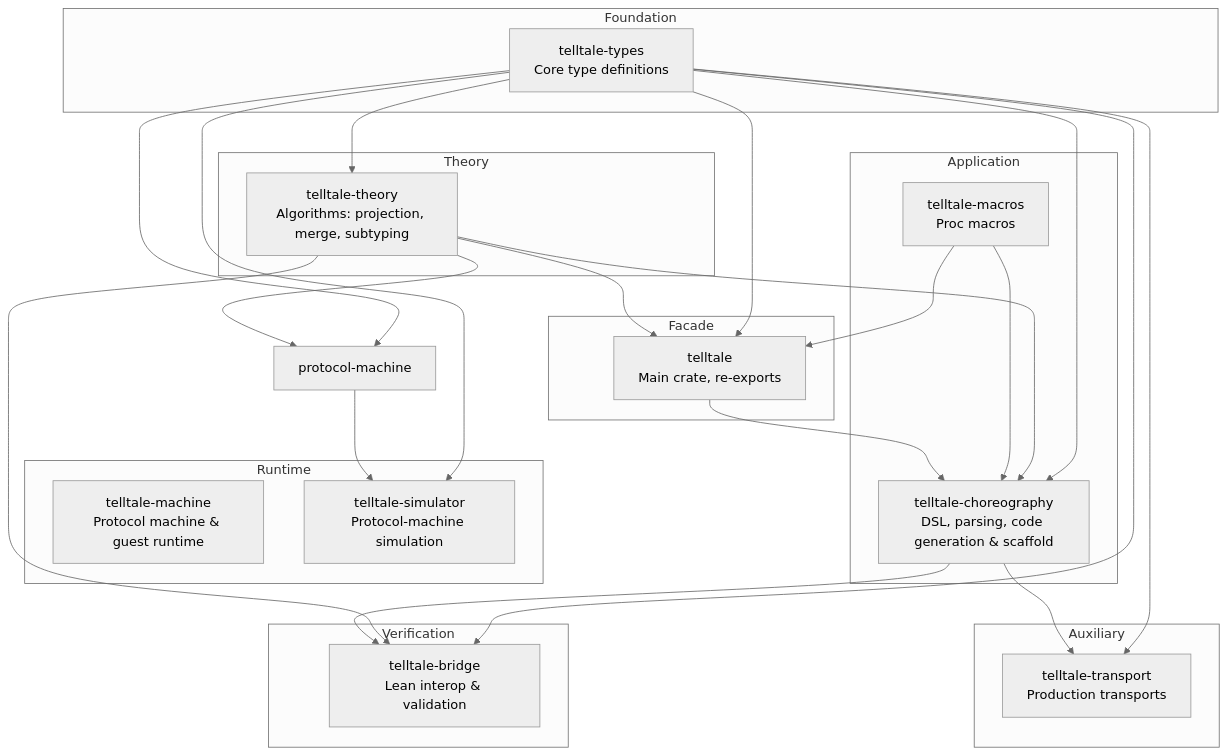
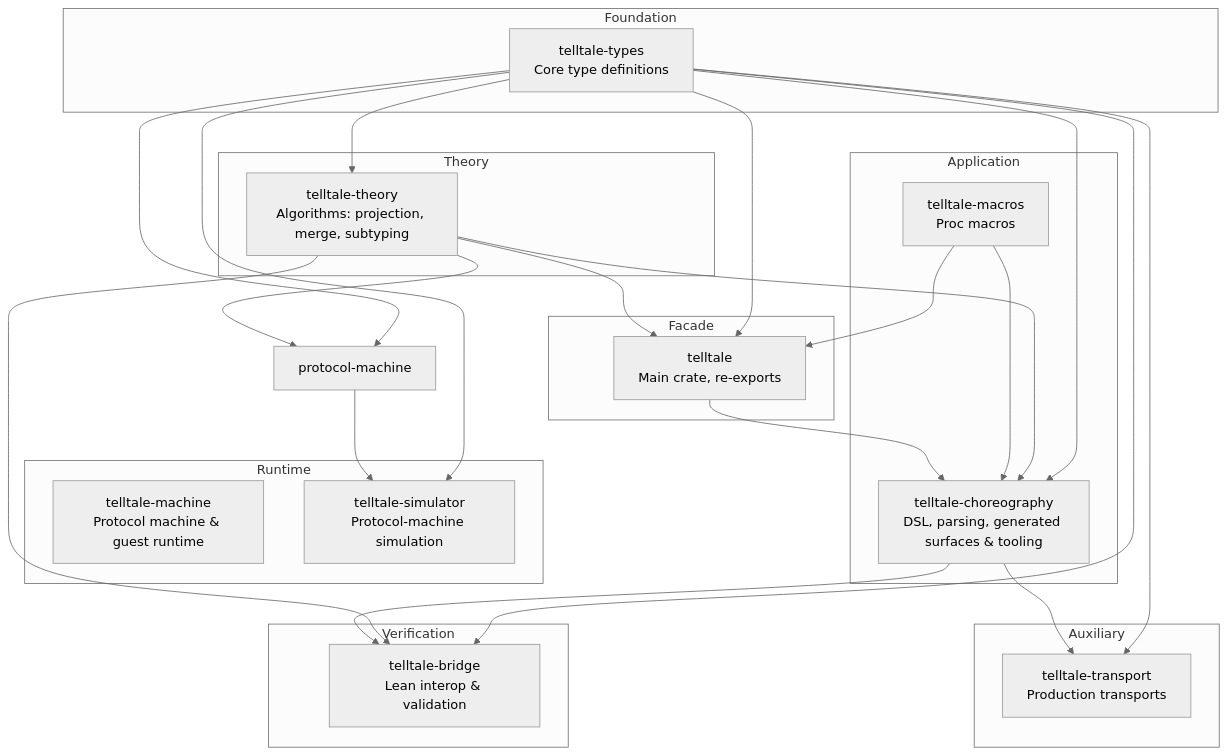
One commit to hxrts/telltale changed the diagram in docs/04_code_organization.md. Above: the diagram before and after it, drawn with Mermaid (neutral theme). The commit also changed other lines of this file and 18 other files, not shown here.

````diff
--- a/docs/04_code_organization.md
+++ b/docs/04_code_organization.md
@@ -33,55 +33,55 @@
 ```mermaid
 graph TB
     subgraph Foundation
         types["telltale-types<br/>Core type definitions"]
     end
 
     subgraph Theory
         theory["telltale-theory<br/>Algorithms: projection, merge, subtyping"]
     end
 
     subgraph Verification
         lean["telltale-bridge<br/>Lean interop & validation"]
     end
 
     subgraph Runtime
         vm["telltale-machine<br/>Protocol machine & guest runtime"]
         simulator["telltale-simulator<br/>Protocol-machine simulation"]
     end
 
     subgraph Application
-        choreo["telltale-choreography<br/>DSL, parsing, code generation & scaffold"]
+        choreo["telltale-choreography<br/>DSL, parsing, generated surfaces & tooling"]
         macros["telltale-macros<br/>Proc macros"]
     end
 
     subgraph Facade
         main["telltale<br/>Main crate, re-exports"]
     end
 
     subgraph Auxiliary
         transport["telltale-transport<br/>Production transports"]
     end
 
     types --> theory
     types --> main
     types --> choreo
     types --> lean
     types --> protocol-machine
     types --> simulator
 
     theory --> main
     theory --> protocol-machine
     theory --> choreo
     theory --> lean
 
     protocol-machine --> simulator
 
     macros --> main
     macros --> choreo
     main --> choreo
 
     choreo --> lean
 
     types --> transport
     choreo --> transport
 ```
````
